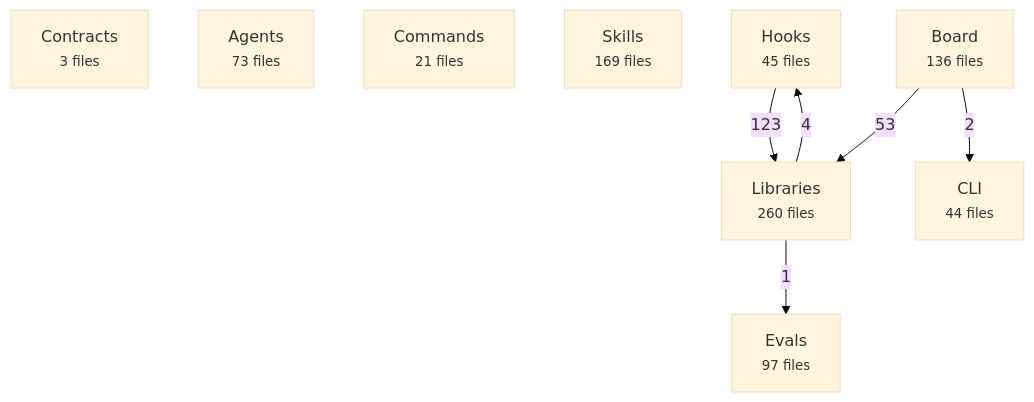
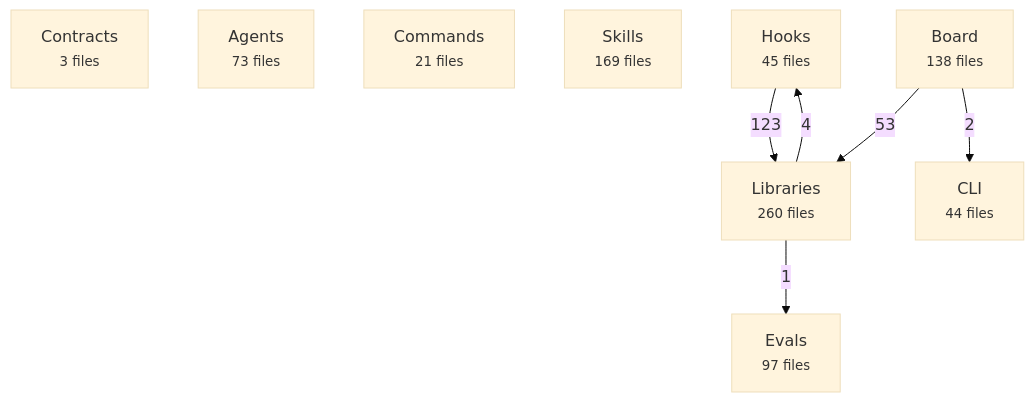
The first of 2 diagrams in docs/reference/architecture-map.md (avelikiy/great_cto), drawn with Mermaid (base theme) before and after one commit. The commit also changed other lines of this file and 13 other files, not shown here.

````diff
--- a/docs/reference/architecture-map.md
+++ b/docs/reference/architecture-map.md
@@ -20,17 +20,17 @@
 ```mermaid
 flowchart TD
   contracts["Contracts<br/><small>3 files</small>"]
   agents["Agents<br/><small>73 files</small>"]
   commands["Commands<br/><small>21 files</small>"]
   skills["Skills<br/><small>169 files</small>"]
   hooks["Hooks<br/><small>45 files</small>"]
   libs["Libraries<br/><small>260 files</small>"]
-  board["Board<br/><small>136 files</small>"]
+  board["Board<br/><small>138 files</small>"]
   cli["CLI<br/><small>44 files</small>"]
   evals["Evals<br/><small>97 files</small>"]
   hooks -->|123| libs
   board -->|53| libs
   libs -->|4| hooks
   board -->|2| cli
   libs -->|1| evals
 ```
````
